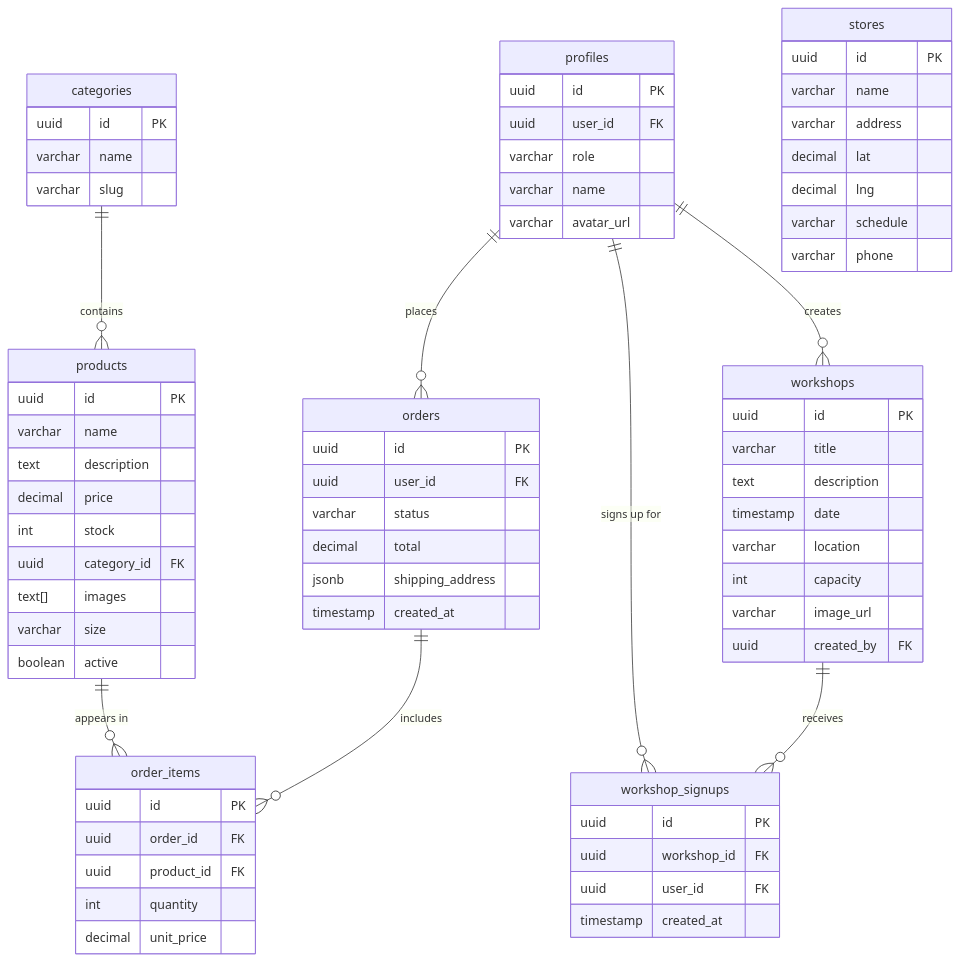
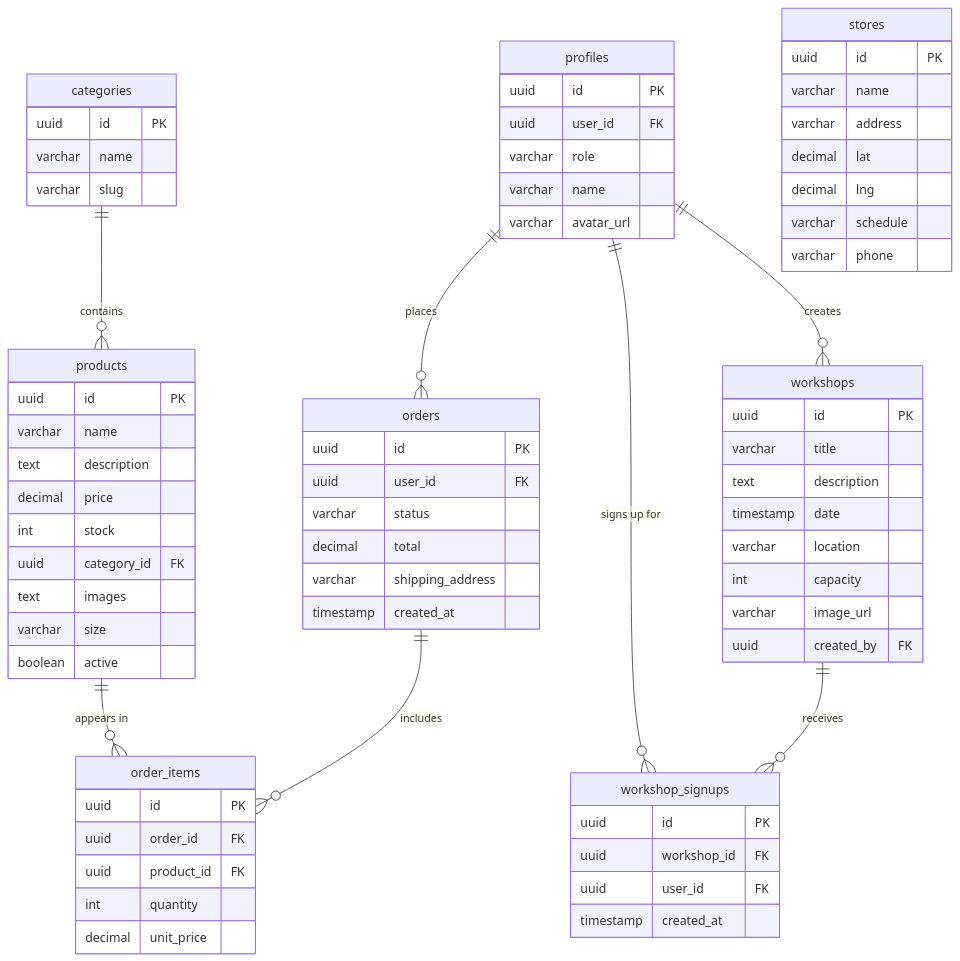
The second of 8 diagrams in DIAGRAMS.md (isahun/winter-garden), drawn with Mermaid before and after one commit. The commit also changed other lines of this file, not shown here.

Commit message:
docs: fix Mermaid node labels for obsidian render

````diff
--- a/DIAGRAMS.md
+++ b/DIAGRAMS.md
@@ -48,74 +48,74 @@
 ```mermaid
 erDiagram
     profiles {
         uuid id PK
         uuid user_id FK
         varchar role
         varchar name
         varchar avatar_url
     }
     categories {
         uuid id PK
         varchar name
         varchar slug
     }
     products {
         uuid id PK
         varchar name
         text description
         decimal price
         int stock
         uuid category_id FK
-        text[] images
+        text images
         varchar size
         boolean active
     }
     orders {
         uuid id PK
         uuid user_id FK
         varchar status
         decimal total
-        jsonb shipping_address
+        varchar shipping_address
         timestamp created_at
     }
     order_items {
         uuid id PK
         uuid order_id FK
         uuid product_id FK
         int quantity
         decimal unit_price
     }
     workshops {
         uuid id PK
         varchar title
         text description
         timestamp date
         varchar location
         int capacity
         varchar image_url
         uuid created_by FK
     }
     workshop_signups {
         uuid id PK
         uuid workshop_id FK
         uuid user_id FK
         timestamp created_at
     }
     stores {
         uuid id PK
         varchar name
         varchar address
         decimal lat
         decimal lng
         varchar schedule
         varchar phone
     }
 
     profiles ||--o{ orders : "places"
     profiles ||--o{ workshop_signups : "signs up for"
     profiles ||--o{ workshops : "creates"
     categories ||--o{ products : "contains"
     orders ||--o{ order_items : "includes"
     products ||--o{ order_items : "appears in"
     workshops ||--o{ workshop_signups : "receives"
 ```
````
